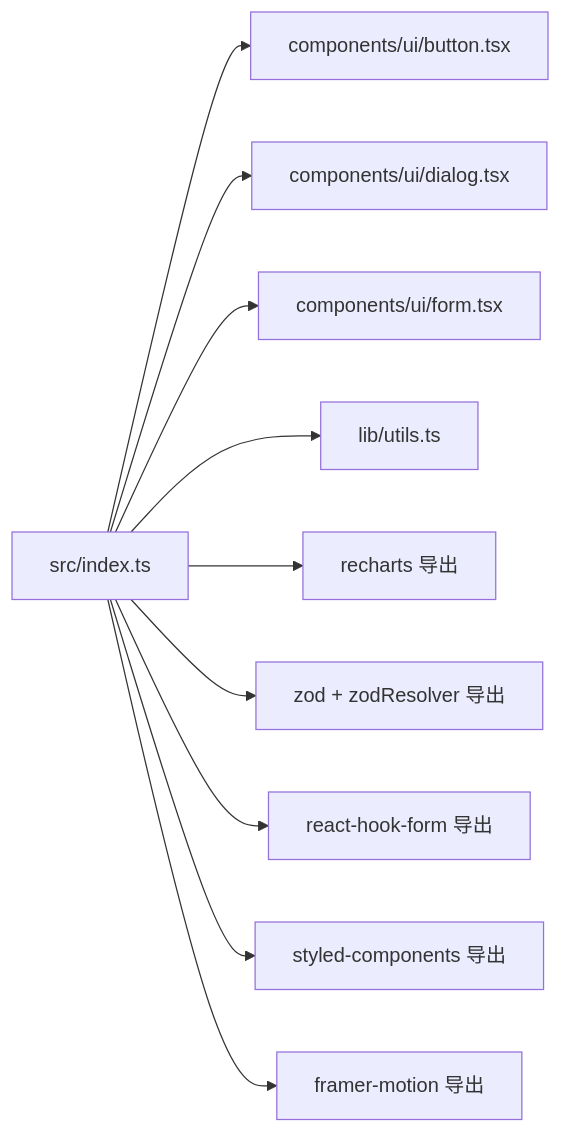
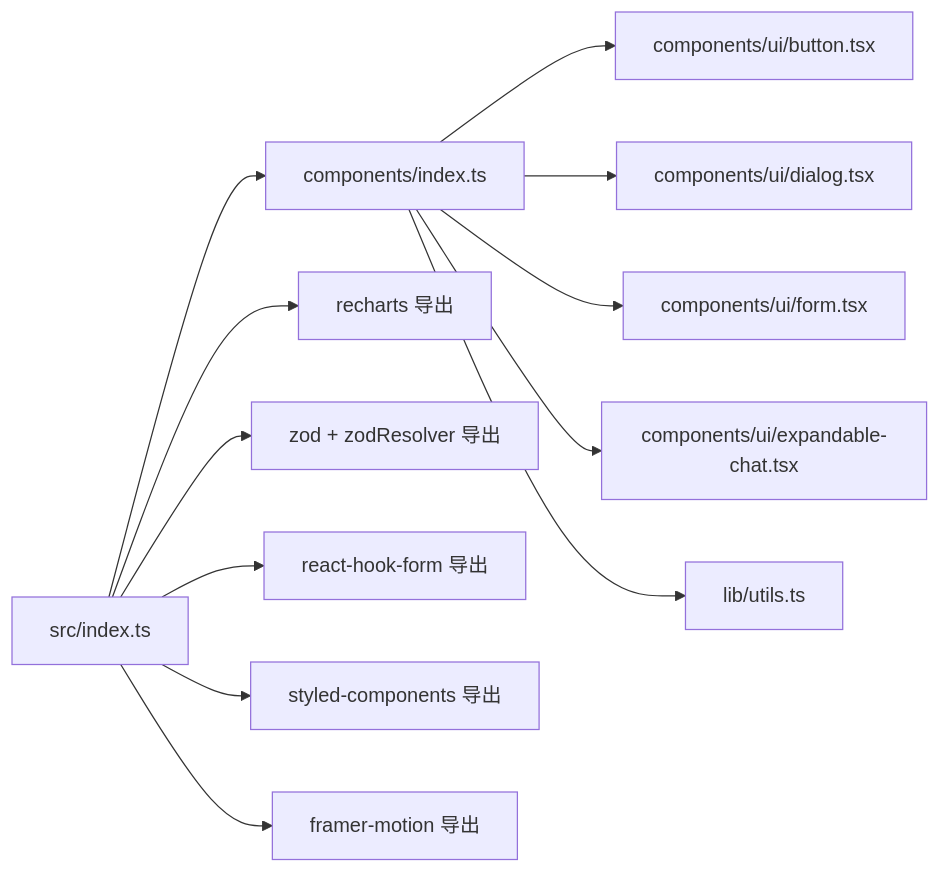
One commit to LRF0422/Kotion changed the fifth of 14 diagrams in .qoder/repowiki/zh/content/架构设计/UI组件架构/UI组件架构.md. Above: the diagram before and after it, drawn with Mermaid. The commit also changed other lines of this file and 10 other files, not shown here.

````diff
--- a/.qoder/repowiki/zh/content/架构设计/UI组件架构/UI组件架构.md
+++ b/.qoder/repowiki/zh/content/架构设计/UI组件架构/UI组件架构.md
@@ -236,22 +261,26 @@
 ```mermaid
 graph LR
+COMPIDX["components/index.ts"]
 IDX["src/index.ts"]
 BTN["components/ui/button.tsx"]
 DLG["components/ui/dialog.tsx"]
 FRM["components/ui/form.tsx"]
+EXPCHAT["components/ui/expandable-chat.tsx"]
 UT["lib/utils.ts"]
 RC["recharts 导出"]
 ZD["zod + zodResolver 导出"]
 RHF["react-hook-form 导出"]
 SC["styled-components 导出"]
 FM["framer-motion 导出"]
-IDX --> BTN
-IDX --> DLG
-IDX --> FRM
-IDX --> UT
+COMPIDX --> BTN
+COMPIDX --> DLG
+COMPIDX --> FRM
+COMPIDX --> EXPCHAT
+COMPIDX --> UT
+IDX --> COMPIDX
 IDX --> RC
 IDX --> ZD
 IDX --> RHF
 IDX --> SC
 IDX --> FM
 ```
````
